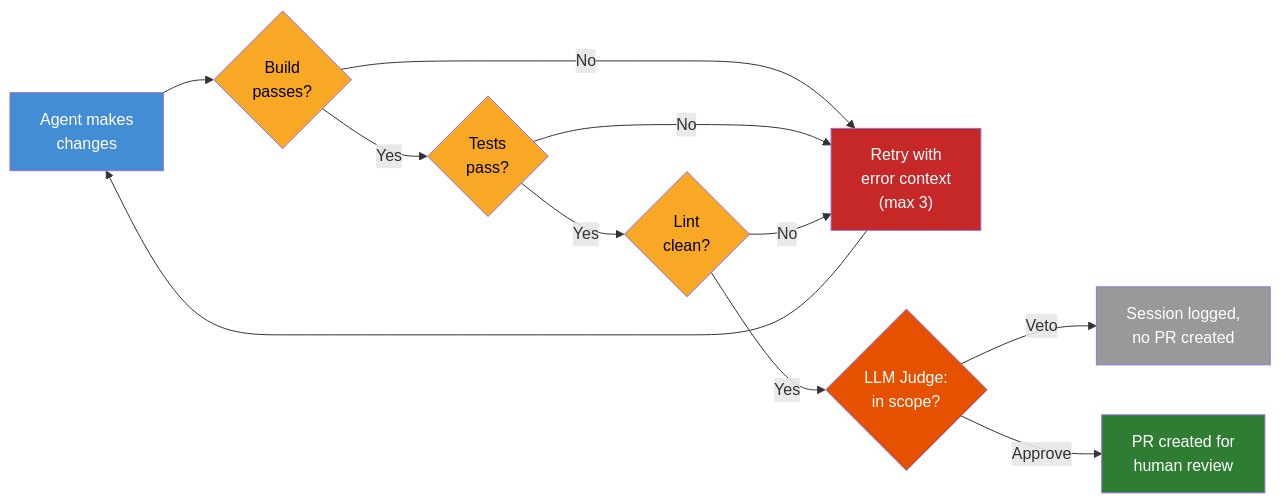
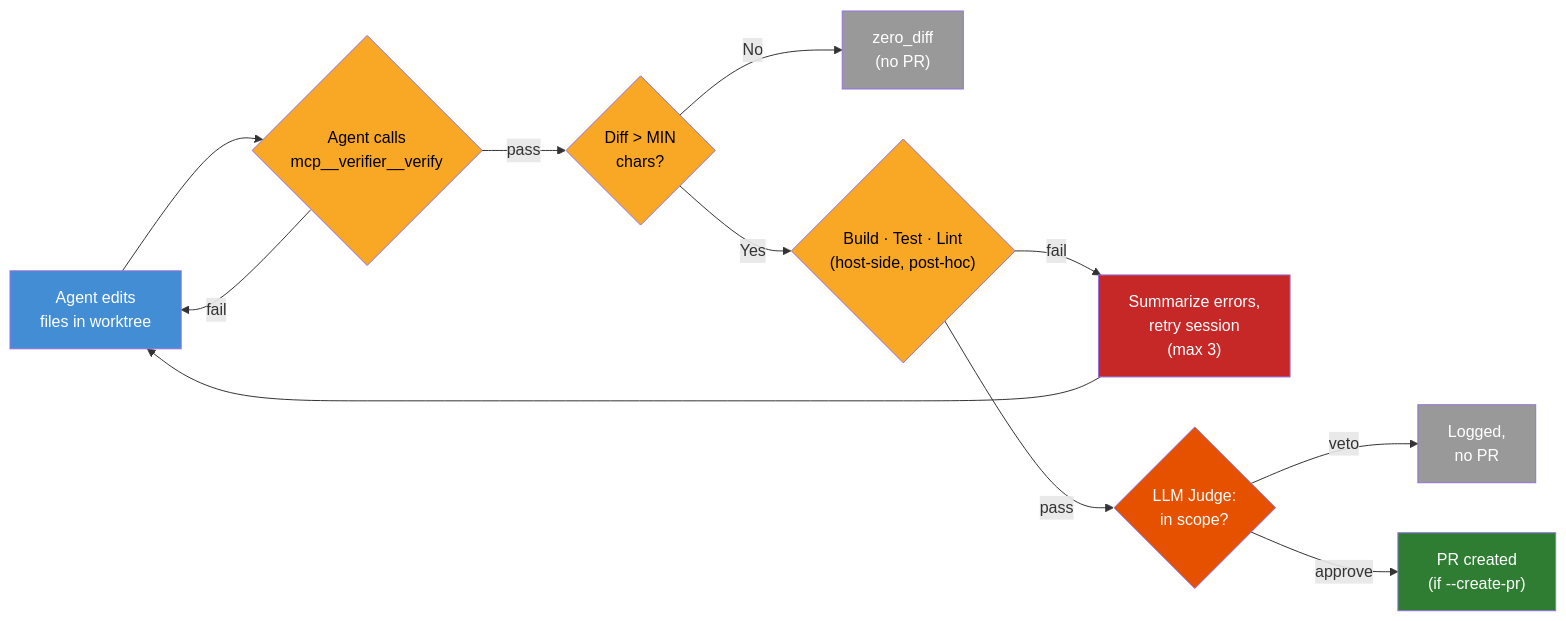
The third of 3 diagrams in README.md (kiruba48/background-coding-agent-mvp), drawn with Mermaid before and after one commit. The commit also changed other lines of this file, not shown here.

````diff
--- a/README.md
+++ b/README.md
@@ -112,22 +141,23 @@
 ```mermaid
 flowchart LR
-    A["Agent makes<br/>changes"] --> B{"Build<br/>passes?"}
-    B -->|No| R["Retry with<br/>error context<br/>(max 3)"]
+    A["Agent edits<br/>files in worktree"] --> M{"Agent calls<br/>mcp__verifier__verify"}
+    M -->|fail| A
+    M -->|pass| Z{"Diff > MIN<br/>chars?"}
+    Z -->|No| ZD["zero_diff<br/>(no PR)"]
+    Z -->|Yes| B{"Build · Test · Lint<br/>(host-side, post-hoc)"}
+    B -->|fail| R["Summarize errors,<br/>retry session<br/>(max 3)"]
     R --> A
-    B -->|Yes| C{"Tests<br/>pass?"}
-    C -->|No| R
-    C -->|Yes| D{"Lint<br/>clean?"}
-    D -->|No| R
-    D -->|Yes| E{"LLM Judge:<br/>in scope?"}
-    E -->|Veto| V["Session logged,<br/>no PR created"]
-    E -->|Approve| F["PR created for<br/>human review"]
+    B -->|pass| E{"LLM Judge:<br/>in scope?"}
+    E -->|veto| V["Logged,<br/>no PR"]
+    E -->|approve| F["PR created<br/>(if --create-pr)"]
 
     style A fill:#438DD5,color:#fff
+    style M fill:#f9a825,color:#000
+    style Z fill:#f9a825,color:#000
     style B fill:#f9a825,color:#000
-    style C fill:#f9a825,color:#000
-    style D fill:#f9a825,color:#000
     style E fill:#e65100,color:#fff
     style R fill:#c62828,color:#fff
     style V fill:#999,color:#fff
+    style ZD fill:#999,color:#fff
     style F fill:#2e7d32,color:#fff
 ```
````
